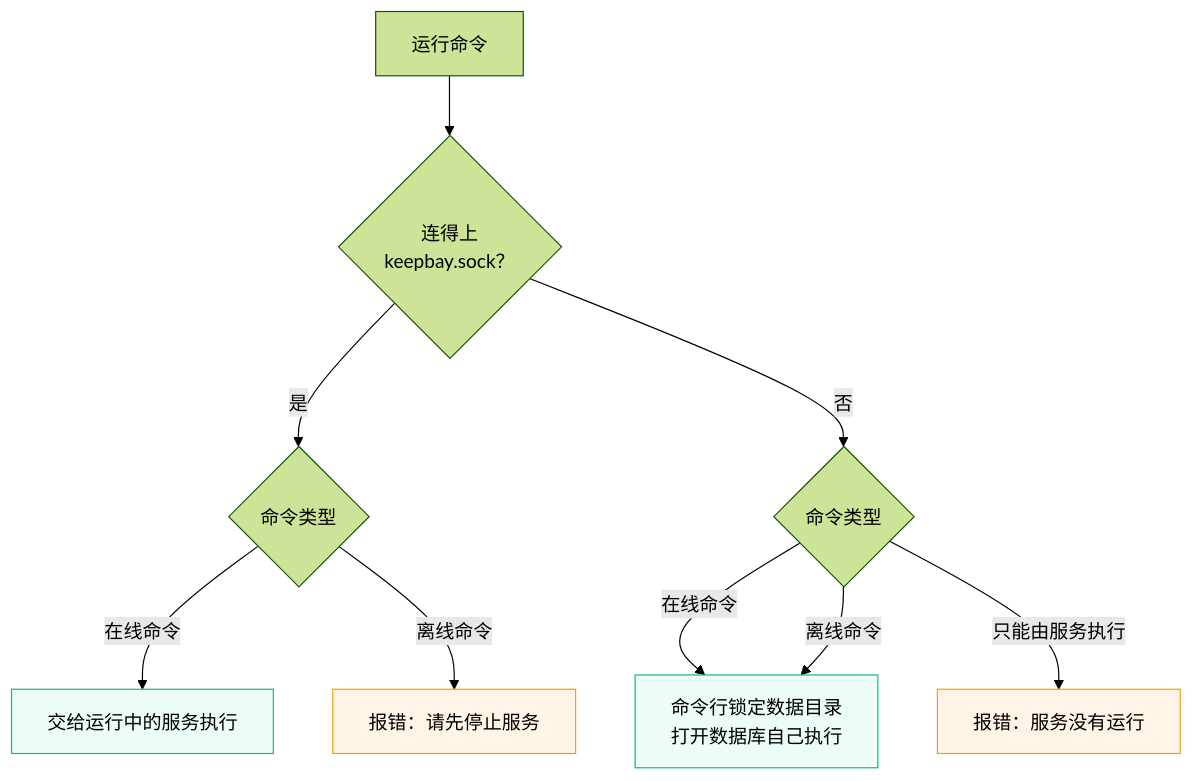
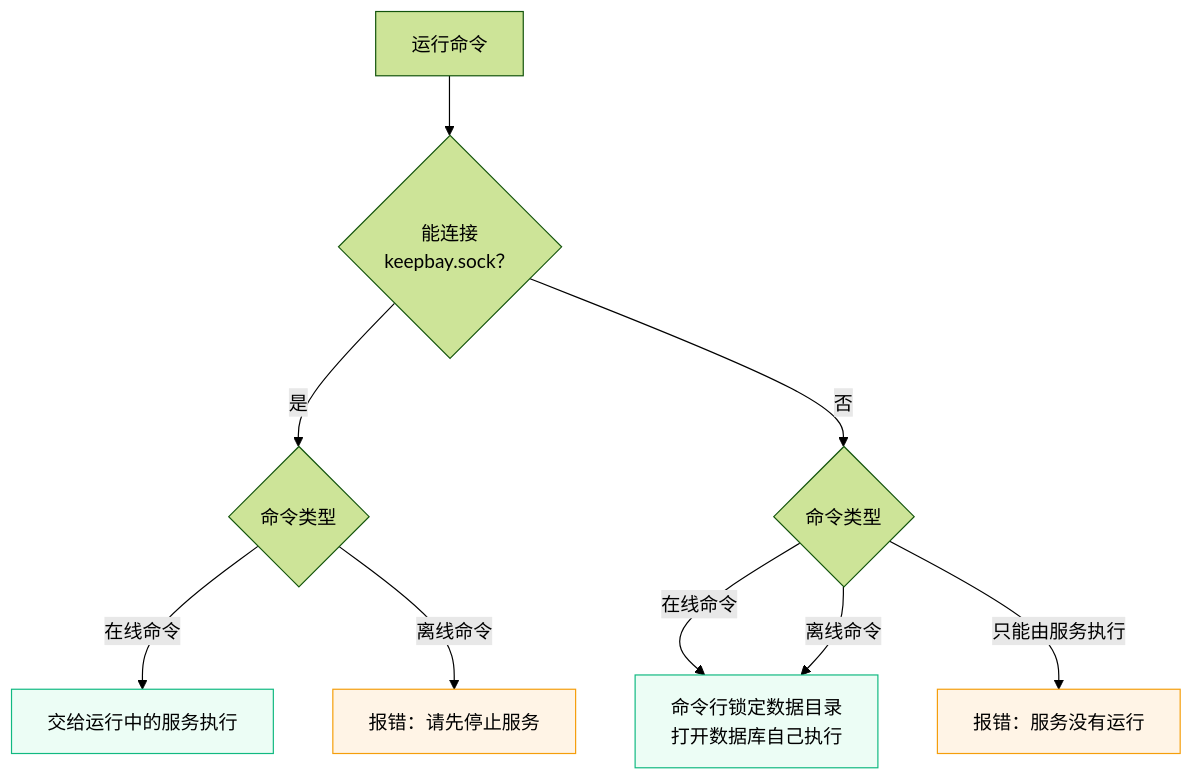
One commit to huohuastudio/websites changed the diagram in sites/keepbay/docs/cli.md. Above: the diagram before and after it, drawn with Mermaid (forest theme). The commit also changed other lines of this file and 36 other files, not shown here.

````diff
--- a/sites/keepbay/docs/cli.md
+++ b/sites/keepbay/docs/cli.md
@@ -54,16 +54,16 @@
 ```mermaid
 flowchart TD
-    cmd["运行命令"] --> sock{"连得上<br/>keepbay.sock？"}
+    cmd["运行命令"] --> sock{"能连接<br/>keepbay.sock？"}
     sock -->|是| kind1{"命令类型"}
     sock -->|否| kind2{"命令类型"}
     kind1 -->|在线命令| svc["交给运行中的服务执行"]
     kind1 -->|离线命令| stop["报错：请先停止服务"]
     kind2 -->|在线命令| local["命令行锁定数据目录<br/>打开数据库自己执行"]
     kind2 -->|离线命令| local
     kind2 -->|只能由服务执行| err["报错：服务没有运行"]
 
     style svc fill:#ecfdf5,stroke:#10b981
     style local fill:#ecfdf5,stroke:#10b981
     style stop fill:#fff4e6,stroke:#f59e0b
     style err fill:#fff4e6,stroke:#f59e0b
 ```
````
